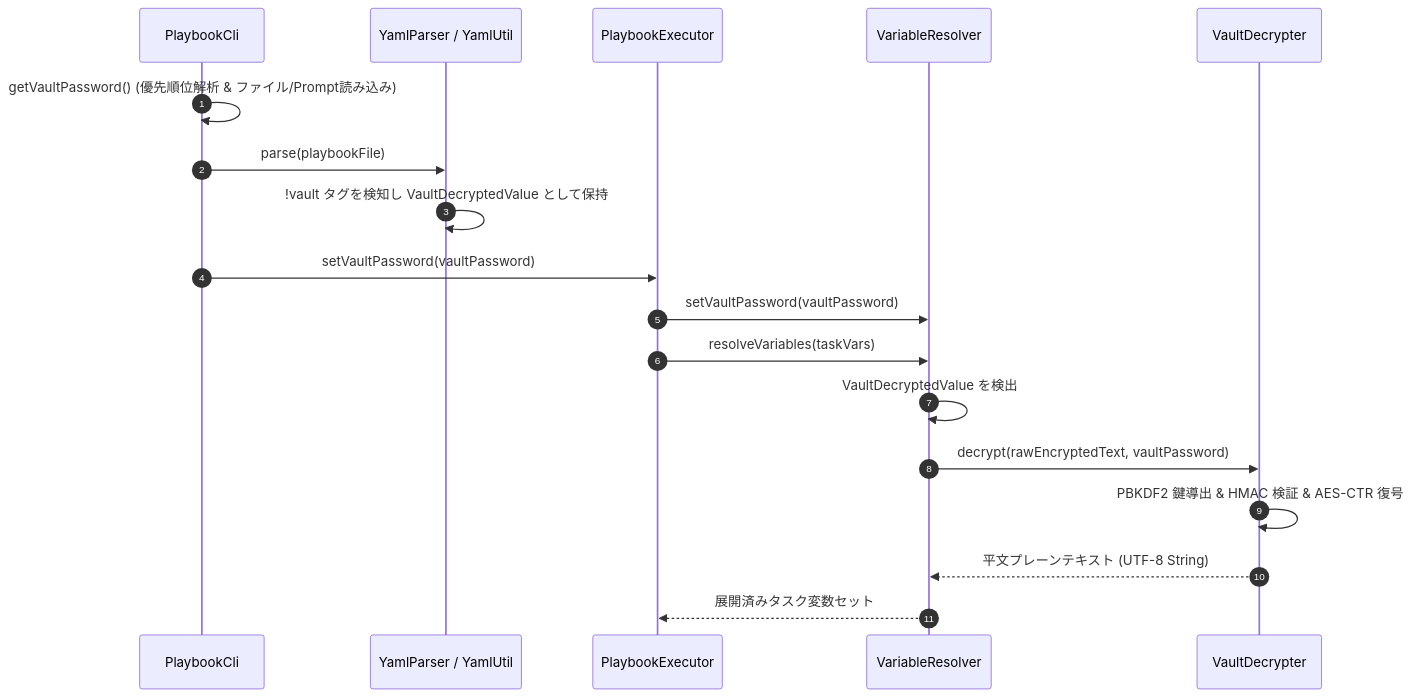
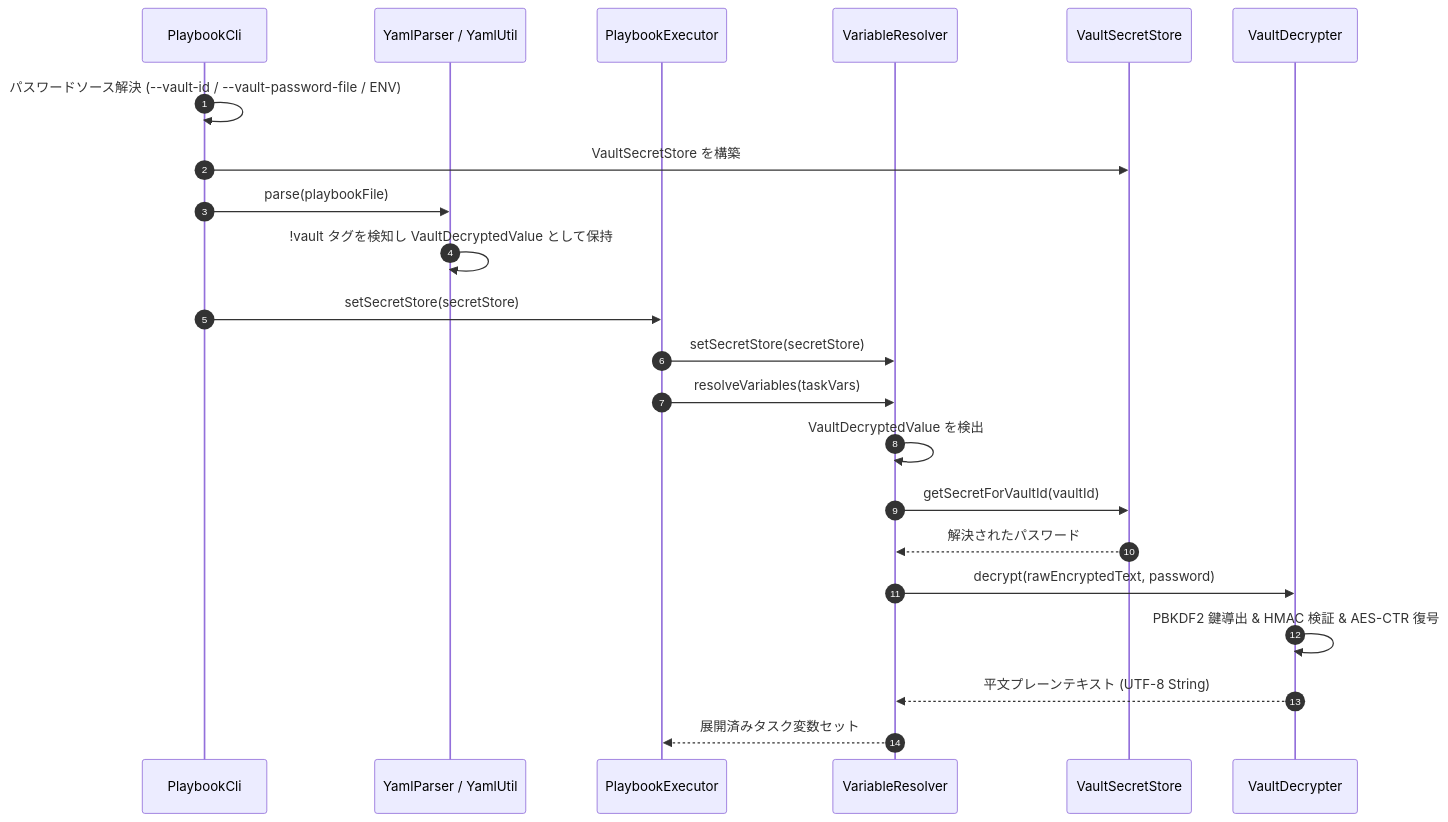
The diagram in docs/features/Vault-Support.md (yamanakahirofumi/graal-ansible), drawn with Mermaid before and after one commit. The commit also changed other lines of this file and 1 other file, not shown here.

First line of the commit message:
[追加] Ansible Vault 暗号化機能仕様およびマルチ Vault ID 管理仕様の補完

````diff
--- a/docs/features/Vault-Support.md
+++ b/docs/features/Vault-Support.md
@@ -163,21 +236,25 @@
 ```mermaid
 sequenceDiagram
     autonumber
     participant CLI as PlaybookCli
     participant Parser as YamlParser / YamlUtil
     participant Exec as PlaybookExecutor
     participant VR as VariableResolver
+    participant Store as VaultSecretStore
     participant VD as VaultDecrypter
 
-    CLI->>CLI: getVaultPassword() (優先順位解析 & ファイル/Prompt読み込み)
+    CLI->>CLI: パスワードソース解決 (--vault-id / --vault-password-file / ENV)
+    CLI->>Store: VaultSecretStore を構築
     CLI->>Parser: parse(playbookFile)
     Parser->>Parser: !vault タグを検知し VaultDecryptedValue として保持
-    CLI->>Exec: setVaultPassword(vaultPassword)
-    Exec->>VR: setVaultPassword(vaultPassword)
+    CLI->>Exec: setSecretStore(secretStore)
+    Exec->>VR: setSecretStore(secretStore)
     Exec->>VR: resolveVariables(taskVars)
     VR->>VR: VaultDecryptedValue を検出
-    VR->>VD: decrypt(rawEncryptedText, vaultPassword)
+    VR->>Store: getSecretForVaultId(vaultId)
+    Store-->>VR: 解決されたパスワード
+    VR->>VD: decrypt(rawEncryptedText, password)
     VD->>VD: PBKDF2 鍵導出 & HMAC 検証 & AES-CTR 復号
     VD-->>VR: 平文プレーンテキスト (UTF-8 String)
     VR-->>Exec: 展開済みタスク変数セット
 ```
````
